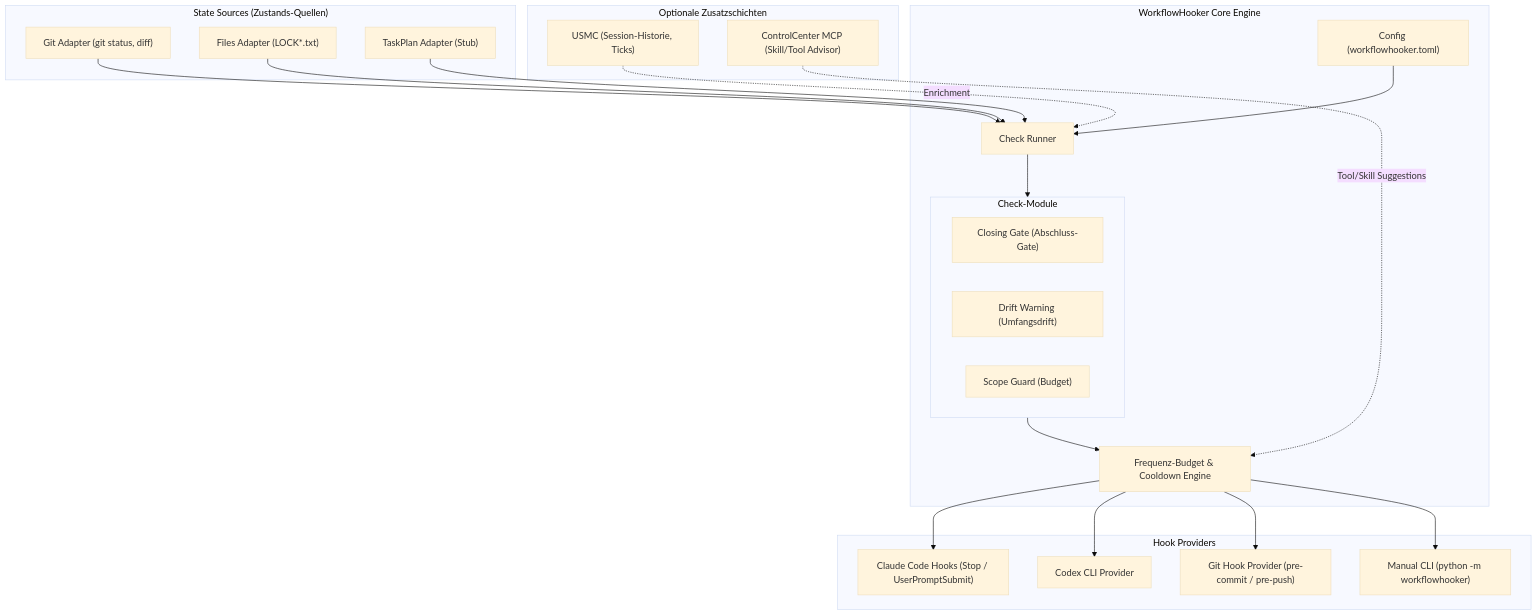
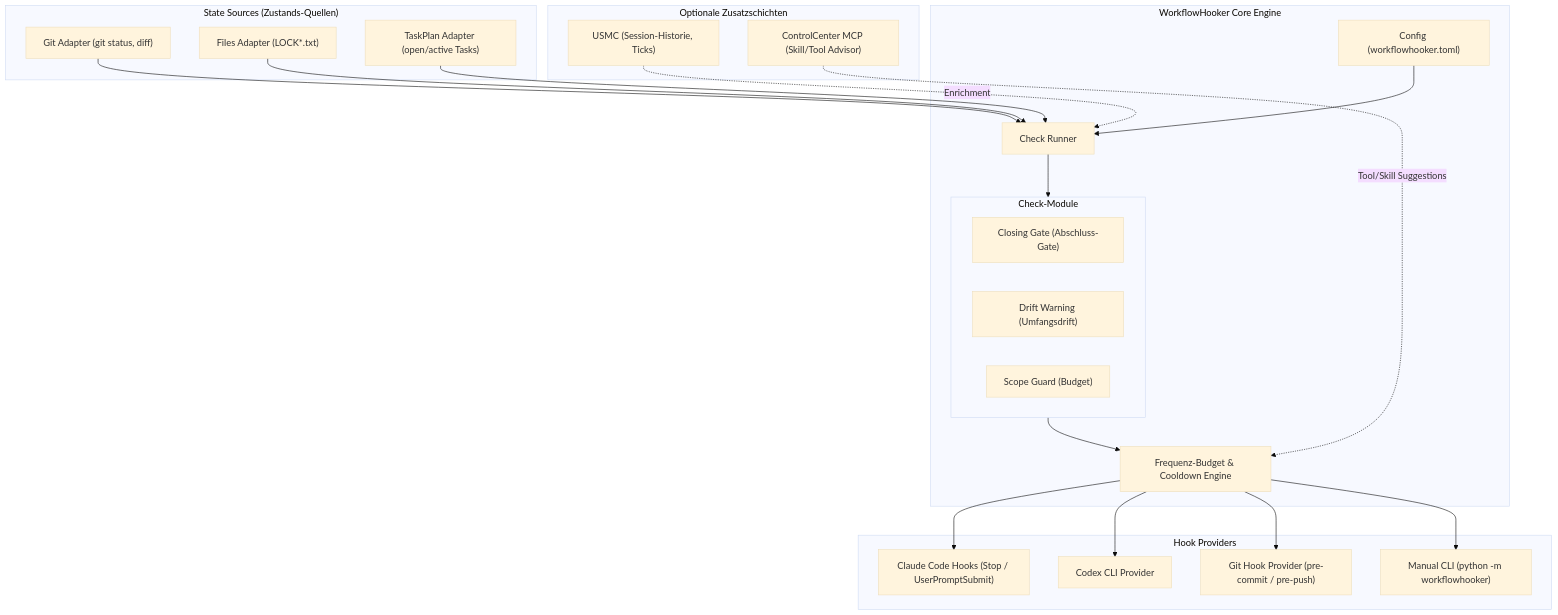
One commit to ellmos-ai/WORKFLOWHOOKER changed the diagram in README.md. Above: the diagram before and after it, drawn with Mermaid (base theme). The commit also changed other lines of this file and 18 other files, not shown here.

````diff
--- a/README.md
+++ b/README.md
@@ -35,47 +35,47 @@
 ```mermaid
 graph TD
     subgraph StateSources ["State Sources (Zustands-Quellen)"]
         GitSource["Git Adapter (git status, diff)"]
         FilesSource["Files Adapter (LOCK*.txt)"]
-        TaskPlanSource["TaskPlan Adapter (Stub)"]
+        TaskPlanSource["TaskPlan Adapter (open/active Tasks)"]
     end
 
     subgraph Core ["WorkflowHooker Core Engine"]
         Config["Config (workflowhooker.toml)"]
         CheckRunner["Check Runner"]
         subgraph Checks ["Check-Module"]
             ClosingGate["Closing Gate (Abschluss-Gate)"]
             DriftWarning["Drift Warning (Umfangsdrift)"]
             ScopeGuard["Scope Guard (Budget)"]
         end
         BudgetCooldown["Frequenz-Budget & Cooldown Engine"]
     end
 
     subgraph OptionalLayers ["Optionale Zusatzschichten"]
         USMC["USMC (Session-Historie, Ticks)"]
         ControlCenter["ControlCenter MCP (Skill/Tool Advisor)"]
     end
 
     subgraph HookProviders ["Hook Providers"]
         ClaudeProvider["Claude Code Hooks (Stop / UserPromptSubmit)"]
         CodexProvider["Codex CLI Provider"]
         GitHookProvider["Git Hook Provider (pre-commit / pre-push)"]
         CLIProvider["Manual CLI (python -m workflowhooker)"]
     end
 
     GitSource --> CheckRunner
     FilesSource --> CheckRunner
     TaskPlanSource --> CheckRunner
 
     Config --> CheckRunner
     CheckRunner --> Checks
     Checks --> BudgetCooldown
 
     USMC -.->|Enrichment| CheckRunner
     ControlCenter -.->|Tool/Skill Suggestions| BudgetCooldown
 
     BudgetCooldown --> ClaudeProvider
     BudgetCooldown --> CodexProvider
     BudgetCooldown --> GitHookProvider
     BudgetCooldown --> CLIProvider
 ```
````
